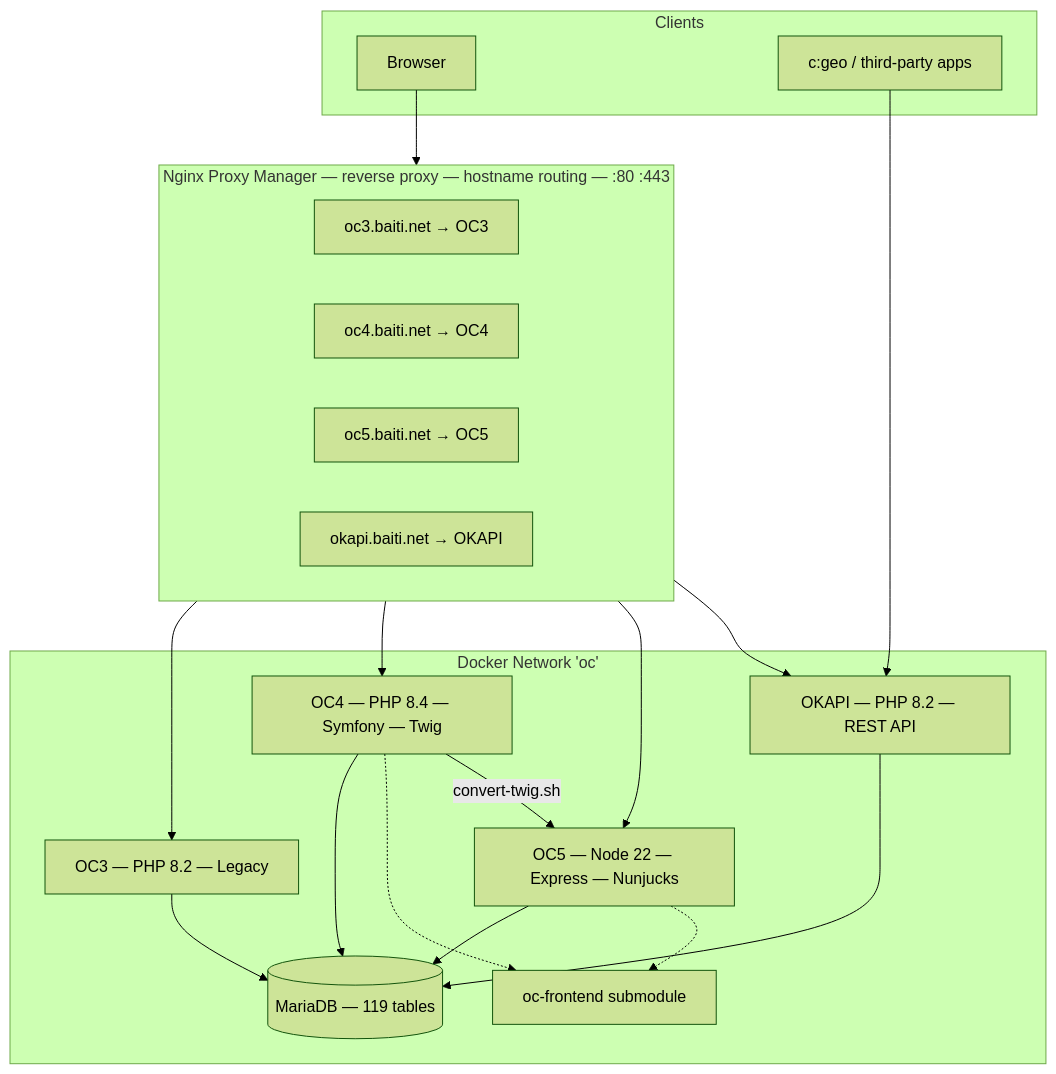
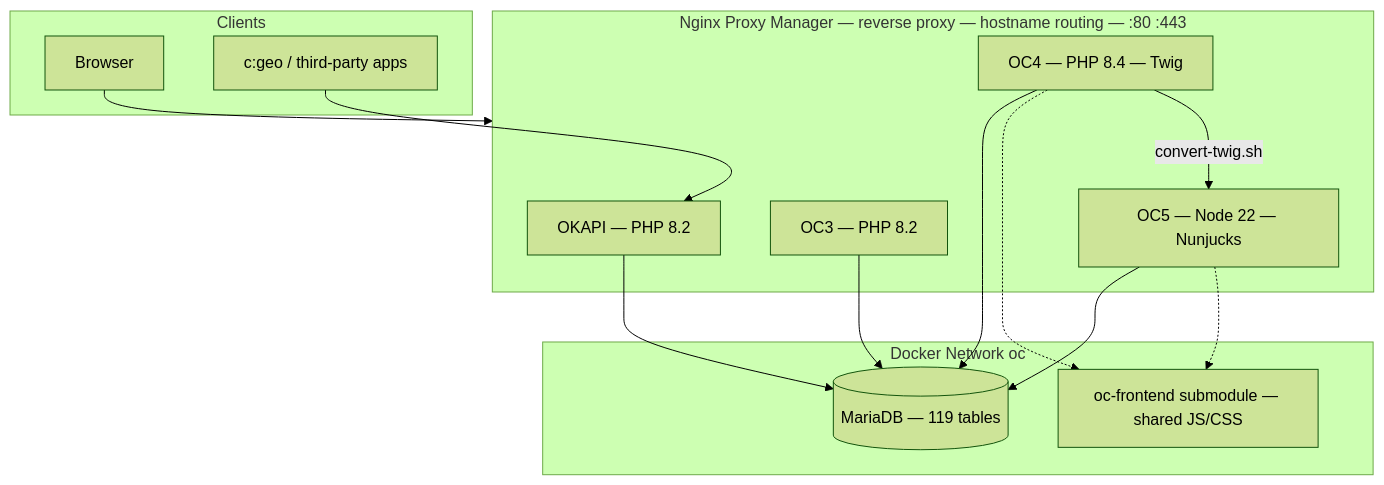
Before and after one commit to hxdimpf/oc5: the first of 4 diagrams in public/docs/architecture.md, drawn with Mermaid (forest theme).

Commit message:
docs: sync — services inside NPM box

````diff
--- a/public/docs/architecture.md
+++ b/public/docs/architecture.md
@@ -9,34 +9,26 @@
 ```mermaid
 flowchart TD
     U[Browser] --> NPM
     CGEO[c:geo / third-party apps] --> D
-    NPM --> A
-    NPM --> B
-    NPM --> C
-    NPM --> D
     A --> E
     B --> E
     C --> E
     D --> E
     B -.-> F
     C -.-> F
     B -->|convert-twig.sh| C
     subgraph Clients
         U
         CGEO
     end
     subgraph NPM[Nginx Proxy Manager — reverse proxy — hostname routing — :80 :443]
-        R1[oc3.baiti.net  →  OC3]
-        R2[oc4.baiti.net  →  OC4]
-        R3[oc5.baiti.net  →  OC5]
-        R4[okapi.baiti.net  →  OKAPI]
+        A[OC3 — PHP 8.2]
+        D[OKAPI — PHP 8.2]
+        B[OC4 — PHP 8.4 — Twig]
+        C[OC5 — Node 22 — Nunjucks]
     end
-    subgraph OC[Docker Network 'oc']
-        A[OC3 — PHP 8.2 — Legacy]
-        D[OKAPI — PHP 8.2 — REST API]
-        B[OC4 — PHP 8.4 — Symfony — Twig]
-        C[OC5 — Node 22 — Express — Nunjucks]
+    subgraph OC[Docker Network oc]
         E[(MariaDB — 119 tables)]
-        F[oc-frontend submodule]
+        F[oc-frontend submodule — shared JS/CSS]
     end
 ```
````
